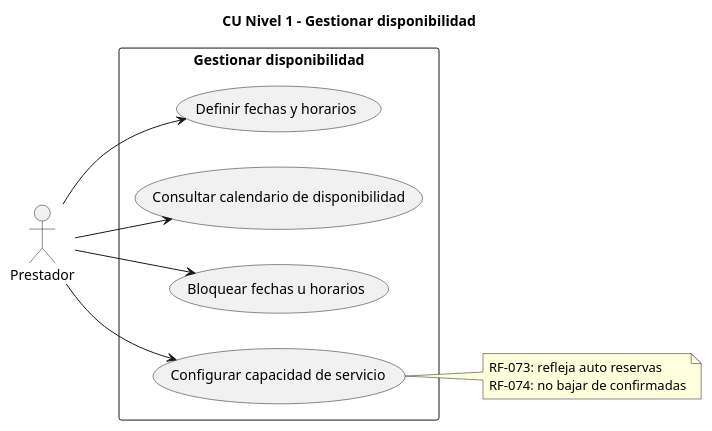
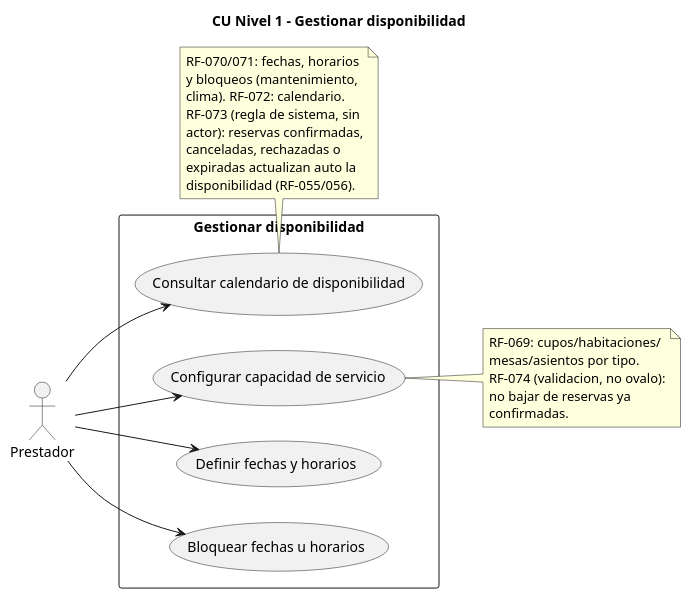
Before and after one commit to sebastianCavadia/turismo-santa-marta: the diagram in docs/02_requisitos/puml/cu-n1-disponibilidad.puml, drawn with PlantUML. The commit also changed 33 other files, not shown here.

```diff
--- a/docs/02_requisitos/puml/cu-n1-disponibilidad.puml
+++ b/docs/02_requisitos/puml/cu-n1-disponibilidad.puml
@@ -1,24 +1,40 @@
 @startuml CU-N1-Disponibilidad
-' Nivel 1 - Expande: Gestionar disponibilidad
+' Nivel 1 - Expande: Gestionar disponibilidad (CU_D)
+' Trazabilidad: RF-069..074. Diagrama limpio: sin include/extend.
 title CU Nivel 1 - Gestionar disponibilidad
 left to right direction
 
 actor "Prestador" as PRE
 
 rectangle "Gestionar disponibilidad" {
-  usecase "Definir fechas y horarios" as D1
-  usecase "Consultar calendario de disponibilidad" as D2
-  usecase "Bloquear fechas u horarios" as D3
-  usecase "Configurar capacidad de servicio" as D4
+  usecase "Configurar capacidad de servicio" as DIS1
+  usecase "Definir fechas y horarios" as DIS2
+  usecase "Bloquear fechas u horarios" as DIS3
+  usecase "Consultar calendario de disponibilidad" as DIS4
 }
 
-PRE --> D1
-PRE --> D2
-PRE --> D3
-PRE --> D4
+PRE --> DIS1
+PRE --> DIS2
+PRE --> DIS3
+PRE --> DIS4
 
-note right of D4
-  RF-073: refleja auto reservas
-  RF-074: no bajar de confirmadas
+
+note right of DIS1
+  RF-069: cupos/habitaciones/
+  mesas/asientos por tipo.
+  RF-074 (validacion, no ovalo):
+  no bajar de reservas ya
+  confirmadas.
+end note
+
+note bottom of DIS4
+  RF-070/071: fechas, horarios
+  y bloqueos (mantenimiento,
+  clima). RF-072: calendario.
+  RF-073 (regla de sistema, sin
+  actor): reservas confirmadas,
+  canceladas, rechazadas o
+  expiradas actualizan auto la
+  disponibilidad (RF-055/056).
 end note
 @enduml
```
